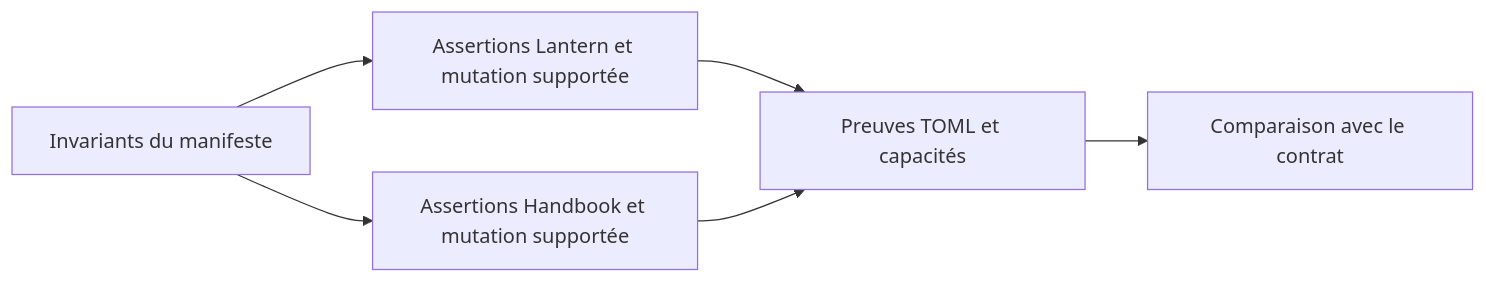
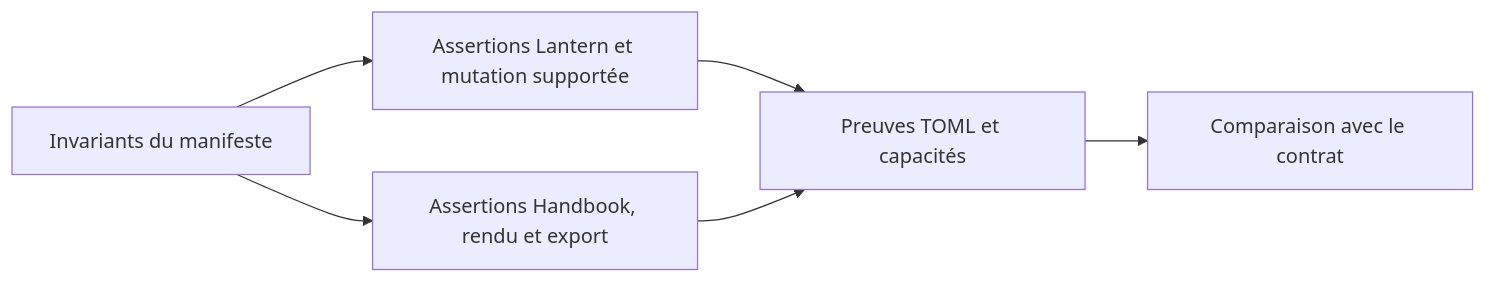
One commit to RebelliousSmile/schema-pbta changed the first of 2 diagrams in aidd_docs/tasks/2026_09/2026_09_18_multi-repo-pack-validator/phase-2.md. Above: the diagram before and after it, drawn with Mermaid. The commit also changed other lines of this file, not shown here.

Commit message:
docs(plan): align handbook verification with copy workflow

````diff
--- a/aidd_docs/tasks/2026_09/2026_09_18_multi-repo-pack-validator/phase-2.md
+++ b/aidd_docs/tasks/2026_09/2026_09_18_multi-repo-pack-validator/phase-2.md
@@ -26,8 +24,8 @@
 ```mermaid
 flowchart LR
   A[Invariants du manifeste] --> B[Assertions Lantern et mutation supportée]
-  A --> C[Assertions Handbook et mutation supportée]
+  A --> C[Assertions Handbook, rendu et export]
   B --> D[Preuves TOML et capacités]
   C --> D
   D --> E[Comparaison avec le contrat]
 ```
````
